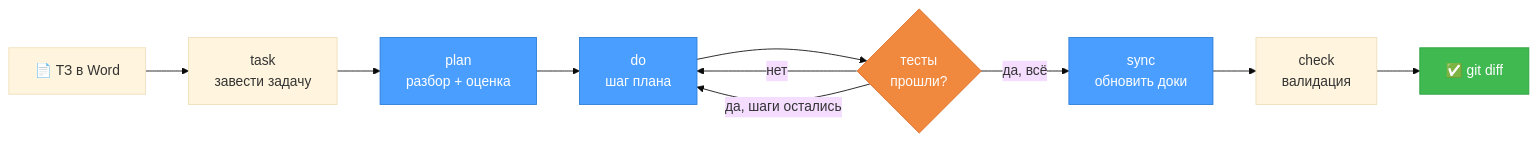
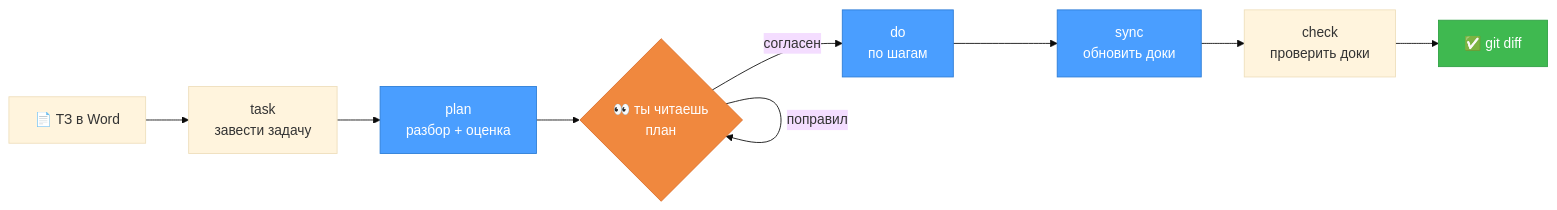
One commit to portner-boop/project-memory changed the diagram in README.md. Above: the diagram before and after it, drawn with Mermaid (base theme). The commit also changed other lines of this file and 8 other files, not shown here.

````diff
--- a/README.md
+++ b/README.md
@@ -110,18 +110,17 @@
 ```mermaid
 flowchart LR
     TZ["📄 ТЗ в Word"] --> T["task<br/>завести задачу"]
     T --> P["plan<br/>разбор + оценка"]
-    P --> D["do<br/>шаг плана"]
-    D --> V{"тесты<br/>прошли?"}
-    V -- "нет" --> D
-    V -- "да, шаги остались" --> D
-    V -- "да, всё" --> S["sync<br/>обновить доки"]
-    S --> C["check<br/>валидация"]
+    P --> R{"👀 ты читаешь<br/>план"}
+    R -- "поправил" --> R
+    R -- "согласен" --> D["do<br/>по шагам"]
+    D --> S["sync<br/>обновить доки"]
+    S --> C["check<br/>проверить доки"]
     C --> G["✅ git diff"]
 
     style P fill:#4a9eff,stroke:#2c7cd6,color:#fff
     style D fill:#4a9eff,stroke:#2c7cd6,color:#fff
     style S fill:#4a9eff,stroke:#2c7cd6,color:#fff
-    style V fill:#f0883e,stroke:#db6d28,color:#fff
+    style R fill:#f0883e,stroke:#db6d28,color:#fff
     style G fill:#3fb950,stroke:#2ea043,color:#fff
 ```
````
